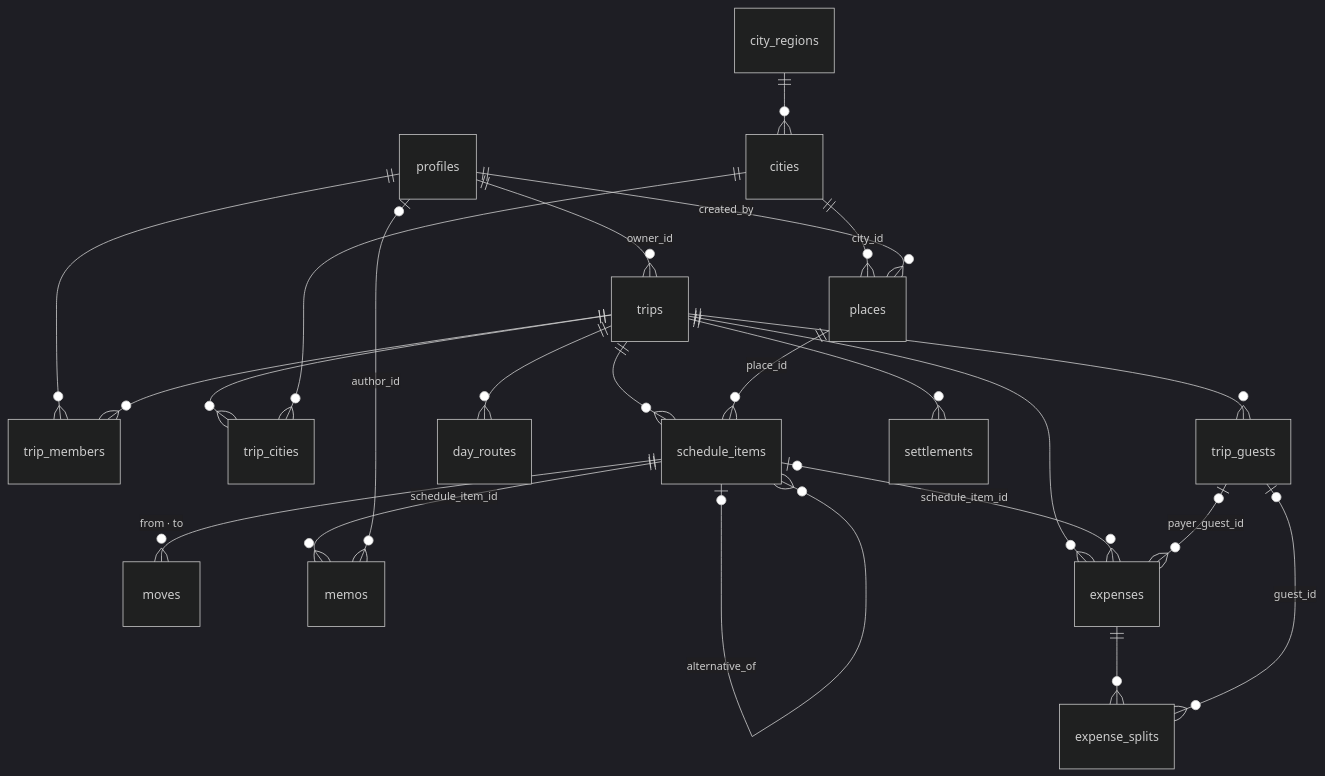
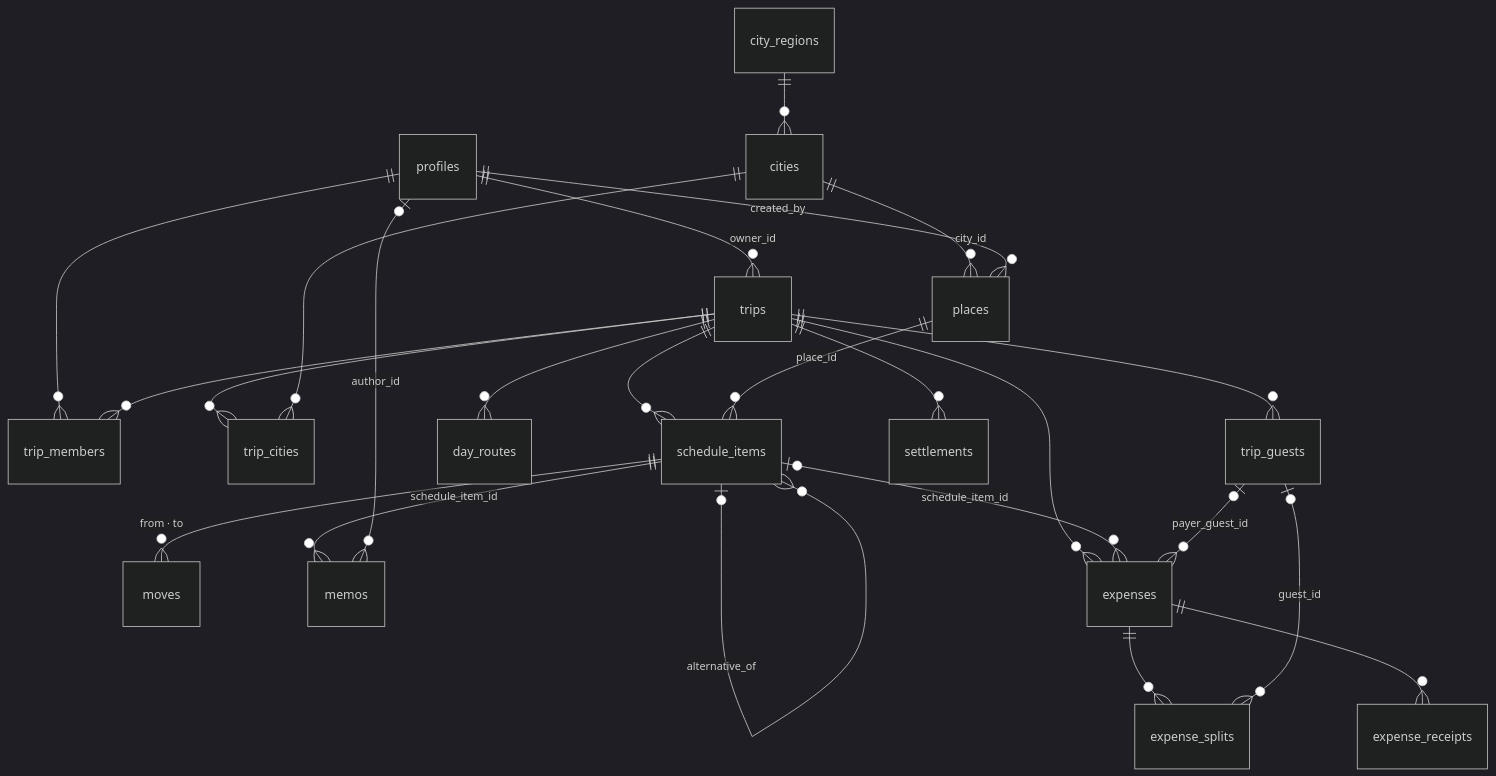
Before and after one commit to JayeHa/tripmate: the diagram in docs/policies/data-model.md, drawn with Mermaid (dark theme). The commit also changed other lines of this file and 37 other files, not shown here.

````diff
--- a/docs/policies/data-model.md
+++ b/docs/policies/data-model.md
@@ -22,25 +22,26 @@
 ```mermaid
 erDiagram
   profiles ||--o{ trips : "owner_id"
   profiles ||--o{ trip_members : ""
   trips ||--o{ trip_members : ""
   trips ||--o{ trip_cities : ""
   cities ||--o{ trip_cities : ""
   city_regions ||--o{ cities : ""
   cities ||--o{ places : "city_id"
   profiles ||--o{ places : "created_by"
   trips ||--o{ schedule_items : ""
   places ||--o{ schedule_items : "place_id"
   schedule_items |o--o{ schedule_items : "alternative_of"
   schedule_items ||--o{ moves : "from · to"
   schedule_items ||--o{ memos : "schedule_item_id"
   profiles |o--o{ memos : "author_id"
   trips ||--o{ day_routes : ""
   trips ||--o{ expenses : ""
   schedule_items |o--o{ expenses : "schedule_item_id"
   expenses ||--o{ expense_splits : ""
   trip_guests |o--o{ expenses : "payer_guest_id"
   trip_guests |o--o{ expense_splits : "guest_id"
   trips ||--o{ trip_guests : ""
   trips ||--o{ settlements : ""
+  expenses ||--o{ expense_receipts : ""
 ```
````
